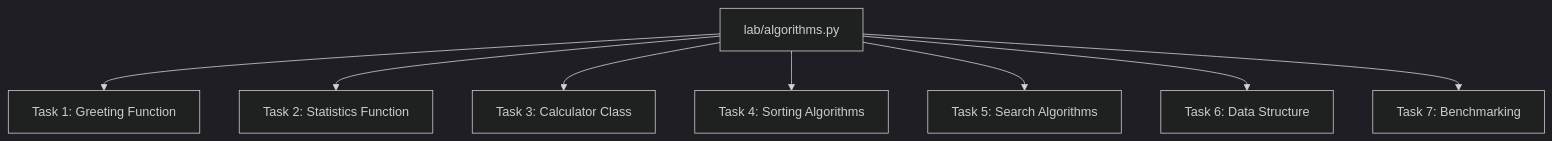
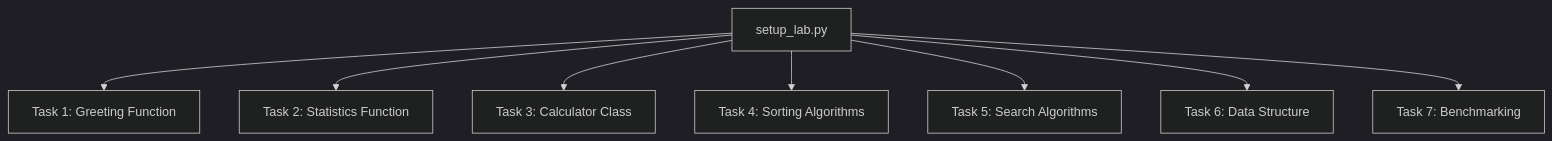
One commit to danielcregg/aiap-labs-template changed the second of 2 diagrams in README.md. Above: the diagram before and after it, drawn with Mermaid (dark theme). The commit also changed other lines of this file, not shown here.

Commit message:
Refactor README.md: streamline setup instructions and update file references for clarity

````diff
--- a/README.md
+++ b/README.md
@@ -61,10 +35,10 @@
 ```mermaid
 graph TD
-    A[lab/algorithms.py] --> B[Task 1: Greeting Function]
+    A[setup_lab.py] --> B[Task 1: Greeting Function]
     A --> C[Task 2: Statistics Function]
     A --> D[Task 3: Calculator Class]
     A --> E[Task 4: Sorting Algorithms]
     A --> F[Task 5: Search Algorithms]
     A --> G[Task 6: Data Structure]
     A --> H[Task 7: Benchmarking]
 ```
````
